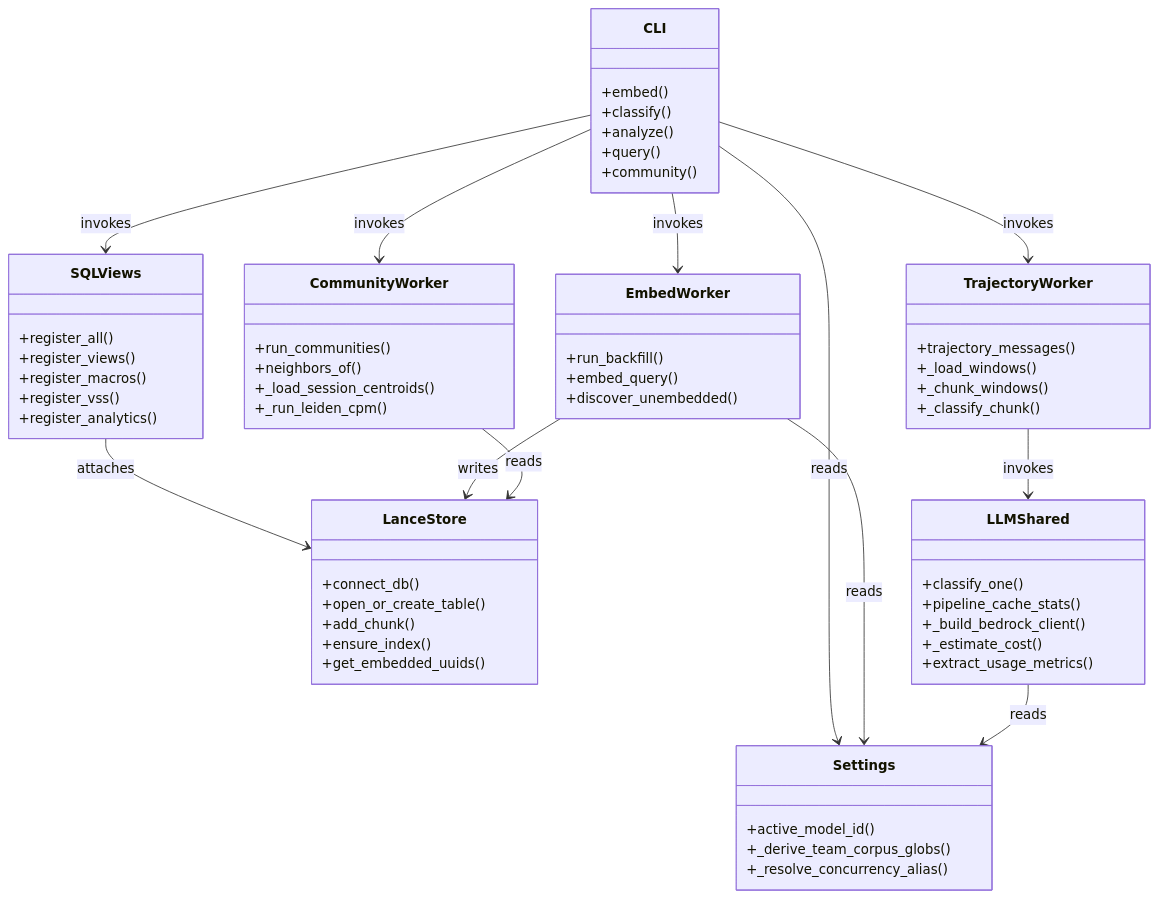
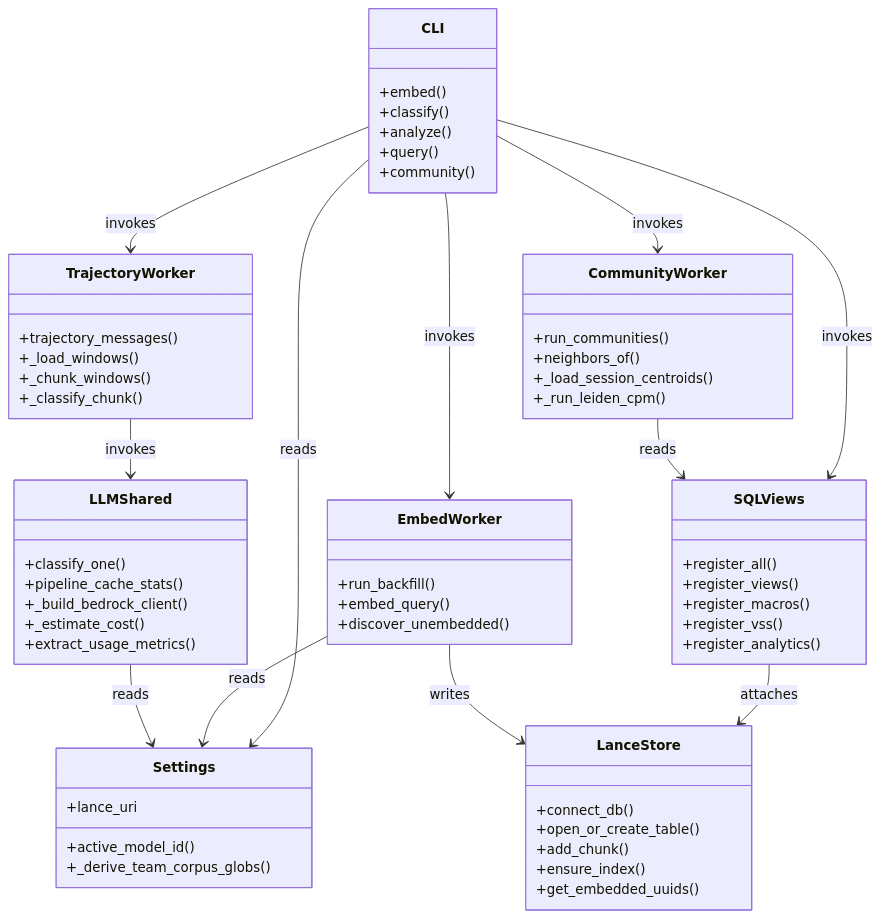
Before and after one commit to theagenticguy/claude-sql: the diagram in docs/diagrams/architecture/components.md, drawn with Mermaid. The commit also changed 18 other files, not shown here.

````diff
--- a/docs/diagrams/architecture/components.md
+++ b/docs/diagrams/architecture/components.md
@@ -3,65 +3,65 @@
 ```mermaid
 classDiagram
     class CLI {
         +embed()
         +classify()
         +analyze()
         +query()
         +community()
     }
     class Settings {
         +active_model_id()
         +_derive_team_corpus_globs()
-        +_resolve_concurrency_alias()
+        +lance_uri
     }
     class SQLViews {
         +register_all()
         +register_views()
         +register_macros()
         +register_vss()
         +register_analytics()
     }
     class LanceStore {
         +connect_db()
         +open_or_create_table()
         +add_chunk()
         +ensure_index()
         +get_embedded_uuids()
     }
     class EmbedWorker {
         +run_backfill()
         +embed_query()
         +discover_unembedded()
     }
     class LLMShared {
         +classify_one()
         +pipeline_cache_stats()
         +_build_bedrock_client()
         +_estimate_cost()
         +extract_usage_metrics()
     }
     class TrajectoryWorker {
         +trajectory_messages()
         +_load_windows()
         +_chunk_windows()
         +_classify_chunk()
     }
     class CommunityWorker {
         +run_communities()
         +neighbors_of()
         +_load_session_centroids()
         +_run_leiden_cpm()
     }
 
     CLI --> Settings : reads
     CLI --> SQLViews : invokes
     CLI --> EmbedWorker : invokes
     CLI --> TrajectoryWorker : invokes
     CLI --> CommunityWorker : invokes
     SQLViews --> LanceStore : attaches
     EmbedWorker --> LanceStore : writes
     EmbedWorker --> Settings : reads
     TrajectoryWorker --> LLMShared : invokes
     LLMShared --> Settings : reads
-    CommunityWorker --> LanceStore : reads
+    CommunityWorker --> SQLViews : reads
 ```
````
